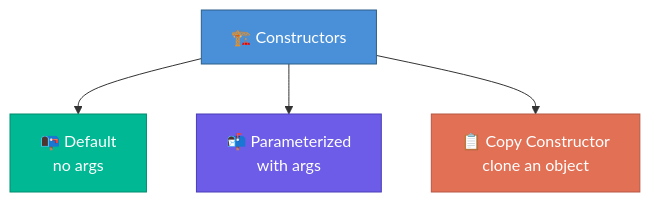
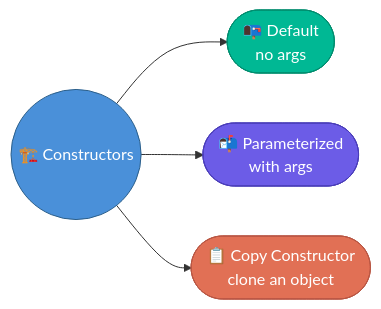
One commit to saivamsikaruturi/vamsilabs-dev-notes-main changed the first of 2 diagrams in docs/java/Constructors.md. Above: the diagram before and after it, drawn with Mermaid. The commit also changed other lines of this file and 146 other files, not shown here.

Commit message:
Horizontal diagrams, UML class diagrams, typography overhaul, and permalink cleanup

````diff
--- a/docs/java/Constructors.md
+++ b/docs/java/Constructors.md
@@ -9,11 +9,11 @@
 ```mermaid
-graph TD
-    A["🏗️ Constructors"] --> B["📭 Default<br/>no args"]
-    A --> C["📬 Parameterized<br/>with args"]
-    A --> D["📋 Copy Constructor<br/>clone an object"]
+flowchart LR
+    A(("🏗️ Constructors")) --> B(["📭 Default<br/>no args"])
+    A --> C(["📬 Parameterized<br/>with args"])
+    A --> D(["📋 Copy Constructor<br/>clone an object"])
 
     style A fill:#4a90d9,stroke:#2c5f8a,color:#fff
     style B fill:#00b894,stroke:#008c6e,color:#fff
     style C fill:#6c5ce7,stroke:#4a3db8,color:#fff
     style D fill:#e17055,stroke:#b85643,color:#fff
 ```
````
